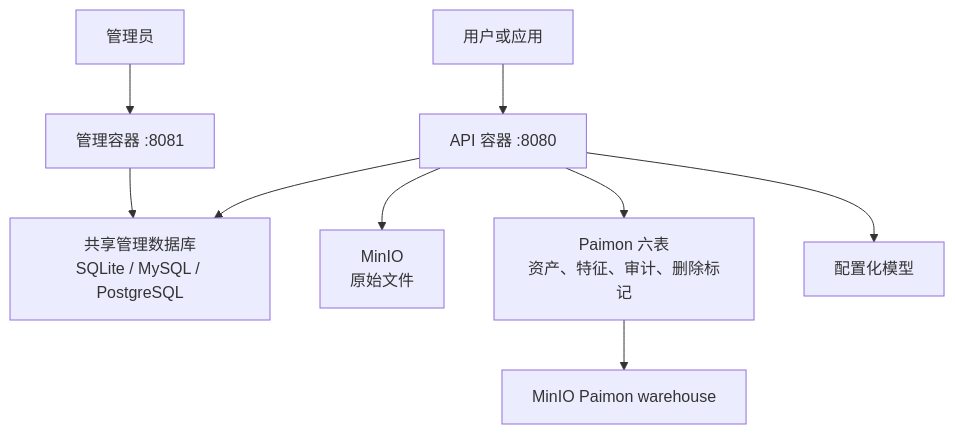
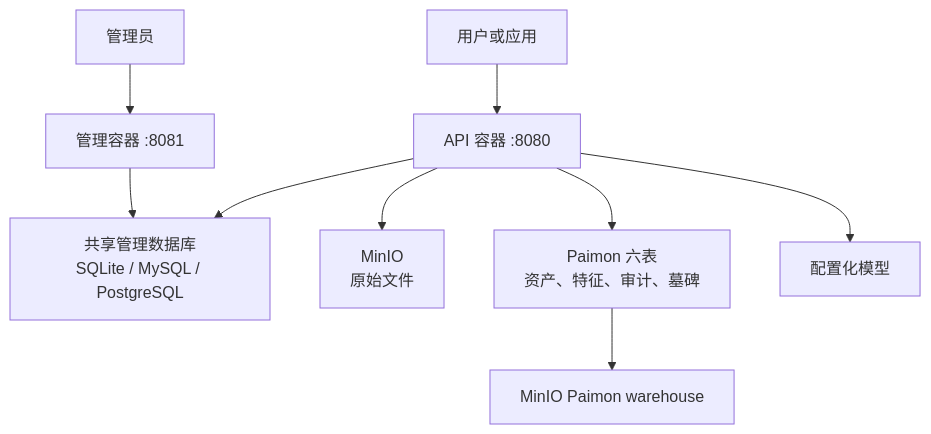
One commit to schoIarw/morphlake changed the first of 2 diagrams in docs/architecture.md. Above: the diagram before and after it, drawn with Mermaid. The commit also changed other lines of this file and 15 other files, not shown here.

````diff
--- a/docs/architecture.md
+++ b/docs/architecture.md
@@ -5,11 +5,11 @@
 ```mermaid
 flowchart TB
     C["用户或应用"] --> S["API 容器 :8080"]
     A["管理员"] --> M["管理容器 :8081"]
     S --> D["共享管理数据库\nSQLite / MySQL / PostgreSQL"]
     M --> D
     S --> O["MinIO\n原始文件"]
-    S --> P["Paimon 六表\n资产、特征、审计、删除标记"]
+    S --> P["Paimon 六表\n资产、特征、审计、墓碑"]
     S --> G["配置化模型"]
     P --> W["MinIO Paimon warehouse"]
 ```
````
